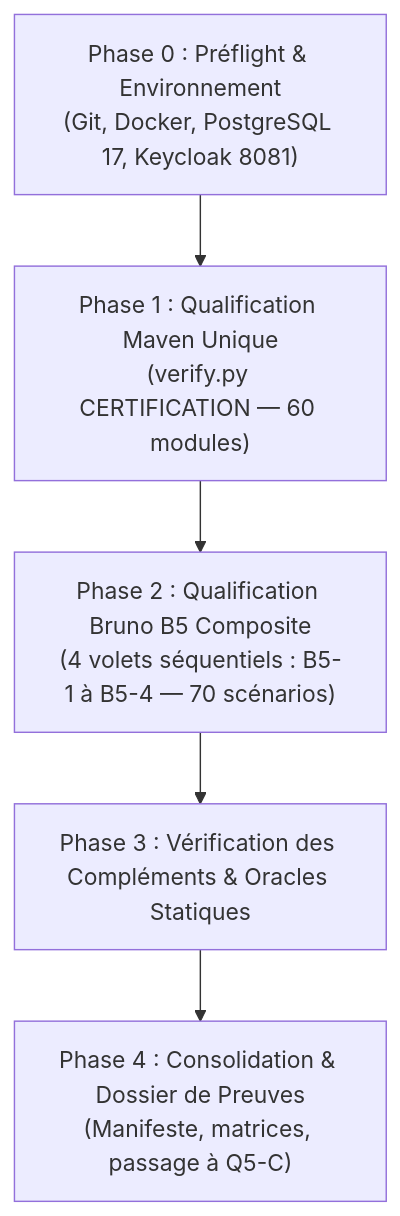
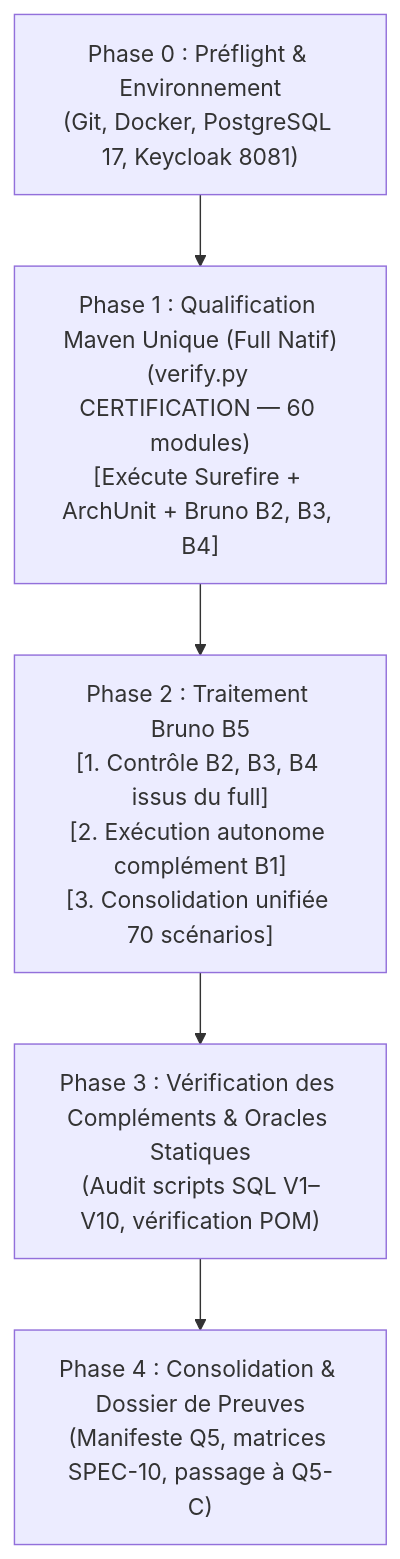
Before and after one commit to kartaguez/pocoma: the diagram in docs/v3/L5_Q5_Final_Qualification_Plan.md, drawn with Mermaid. The commit also changed other lines of this file and 2 other files, not shown here.

Commit message:
docs(v3): deduplicate Q5 Bruno evidence within Maven certification

````diff
--- a/docs/v3/L5_Q5_Final_Qualification_Plan.md
+++ b/docs/v3/L5_Q5_Final_Qualification_Plan.md
@@ -253,7 +293,7 @@
 ```mermaid
 flowchart TD
-    P0["Phase 0 : Préflight & Environnement\n(Git, Docker, PostgreSQL 17, Keycloak 8081)"] --> P1["Phase 1 : Qualification Maven Unique\n(verify.py CERTIFICATION — 60 modules)"]
-    P1 --> P2["Phase 2 : Qualification Bruno B5 Composite\n(4 volets séquentiels : B5-1 à B5-4 — 70 scénarios)"]
-    P2 --> P3["Phase 3 : Vérification des Compléments & Oracles Statiques"]
-    P3 --> P4["Phase 4 : Consolidation & Dossier de Preuves\n(Manifeste, matrices, passage à Q5-C)"]
+    P0["Phase 0 : Préflight & Environnement\n(Git, Docker, PostgreSQL 17, Keycloak 8081)"] --> P1["Phase 1 : Qualification Maven Unique (Full Natif)\n(verify.py CERTIFICATION — 60 modules)\n[Exécute Surefire + ArchUnit + Bruno B2, B3, B4]"]
+    P1 --> P2["Phase 2 : Traitement Bruno B5\n[1. Contrôle B2, B3, B4 issus du full]\n[2. Exécution autonome complément B1]\n[3. Consolidation unifiée 70 scénarios]"]
+    P2 --> P3["Phase 3 : Vérification des Compléments & Oracles Statiques\n(Audit scripts SQL V1–V10, vérification POM)"]
+    P3 --> P4["Phase 4 : Consolidation & Dossier de Preuves\n(Manifeste Q5, matrices SPEC-10, passage à Q5-C)"]
 ```
````
